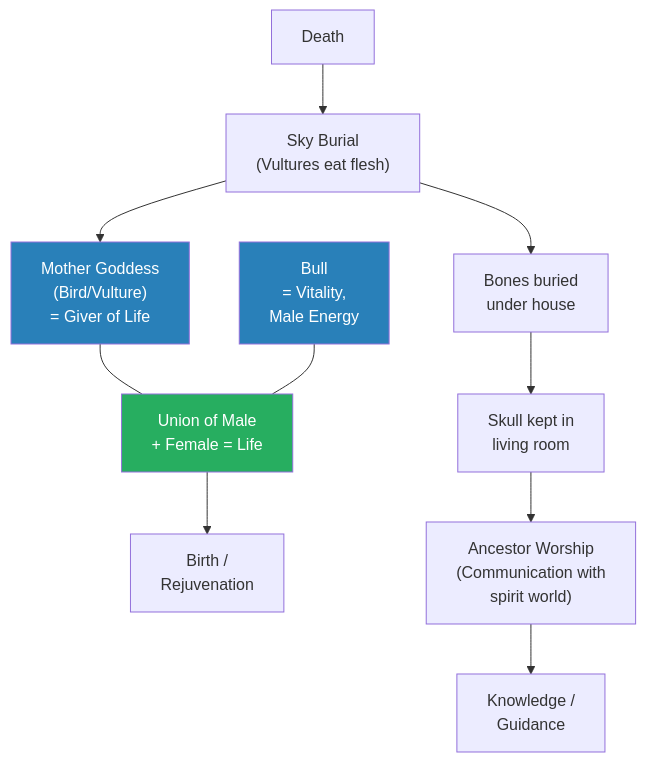
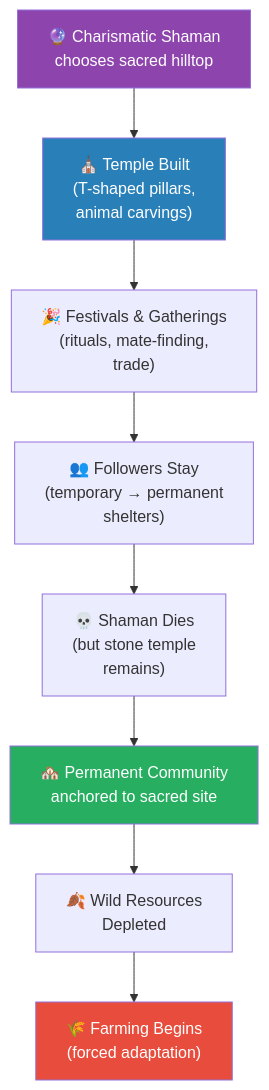
One commit to alius33/reader changed the fifth of 7 diagrams in summaries/Lectures/Civilization/01 - Explaining Humanity's Transition to Agriculture.md. Above: the diagram before and after it, drawn with Mermaid. The commit also changed other lines of this file and 276 other files, not shown here.

````diff
--- a/summaries/Lectures/Civilization/01 - Explaining Humanity's Transition to Agriculture.md
+++ b/summaries/Lectures/Civilization/01 - Explaining Humanity's Transition to Agriculture.md
@@ -256,17 +511,14 @@
 ```mermaid
-flowchart TB
-    MG["Mother Goddess<br/>(Bird/Vulture)<br/>= Giver of Life"]
-    B["Bull<br/>= Vitality,<br/>Male Energy"]
-    MG --- U["Union of Male<br/>+ Female = Life"]
-    B --- U
-    U --> Birth["Birth /<br/>Rejuvenation"]
-    Death["Death"] --> SB["Sky Burial<br/>(Vultures eat flesh)"]
-    SB --> MG
-    SB --> Bones["Bones buried<br/>under house"]
-    Bones --> Skull["Skull kept in<br/>living room"]
-    Skull --> AW["Ancestor Worship<br/>(Communication with<br/>spirit world)"]
-    AW --> K["Knowledge /<br/>Guidance"]
-    style MG fill:#2980b9,color:#fff
-    style B fill:#2980b9,color:#fff
-    style U fill:#27ae60,color:#fff
+flowchart TD
+    S["🔮 Charismatic Shaman<br/>chooses sacred hilltop"] --> T["⛪ Temple Built<br/>(T-shaped pillars,<br/>animal carvings)"]
+    T --> F["🎉 Festivals & Gatherings<br/>(rituals, mate-finding,<br/>trade)"]
+    F --> FO["👥 Followers Stay<br/>(temporary → permanent<br/>shelters)"]
+    FO --> SD["💀 Shaman Dies<br/>(but stone temple<br/>remains)"]
+    SD --> C["🏘️ Permanent Community<br/>anchored to sacred site"]
+    C --> RD["🍂 Wild Resources<br/>Depleted"]
+    RD --> AG["🌾 Farming Begins<br/>(forced adaptation)"]
+    style S fill:#8e44ad,color:#fff
+    style T fill:#2980b9,color:#fff
+    style C fill:#27ae60,color:#fff
+    style AG fill:#e74c3c,color:#fff
 ```
````
